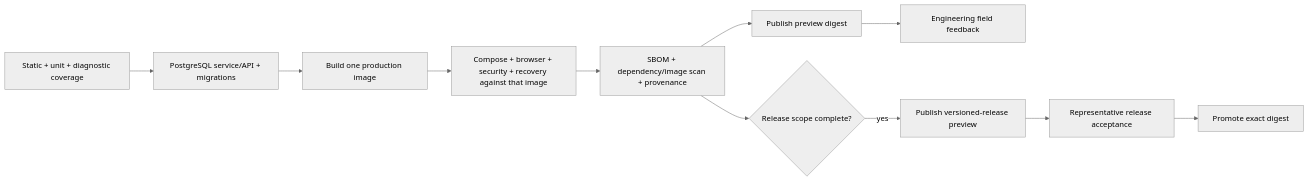
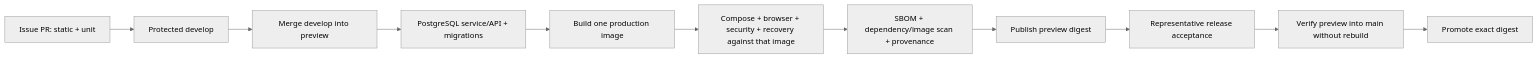
The diagram in docs/quality-strategy.md (tomlawesome/orbit), drawn with Mermaid (neutral theme) before and after one commit. The commit also changed other lines of this file and 24 other files, not shown here.

Commit message:
feat(release): automate preview versions and lanes

````diff
--- a/docs/quality-strategy.md
+++ b/docs/quality-strategy.md
@@ -84,19 +84,17 @@
 ```mermaid
 flowchart LR
-    fast["Static + unit + diagnostic coverage"]
+    issue["Issue PR: static + unit"]
+    develop["Protected develop"]
+    train["Merge develop into preview"]
     integration["PostgreSQL service/API + migrations"]
     build["Build one production image"]
     system["Compose + browser + security + recovery against that image"]
     supply["SBOM + dependency/image scan + provenance"]
     preview["Publish preview digest"]
-    feedback["Engineering field feedback"]
-    ready{"Release scope complete?"}
-    releasePreview["Publish versioned-release preview"]
     manual["Representative release acceptance"]
+    stable["Verify preview into main without rebuild"]
     promote["Promote exact digest"]
 
-    fast --> integration --> build --> system
-    system --> supply --> preview --> feedback
-    supply --> ready
-    ready -->|"yes"| releasePreview --> manual --> promote
+    issue --> develop --> train --> integration --> build --> system
+    system --> supply --> preview --> manual --> stable --> promote
 ```
````
